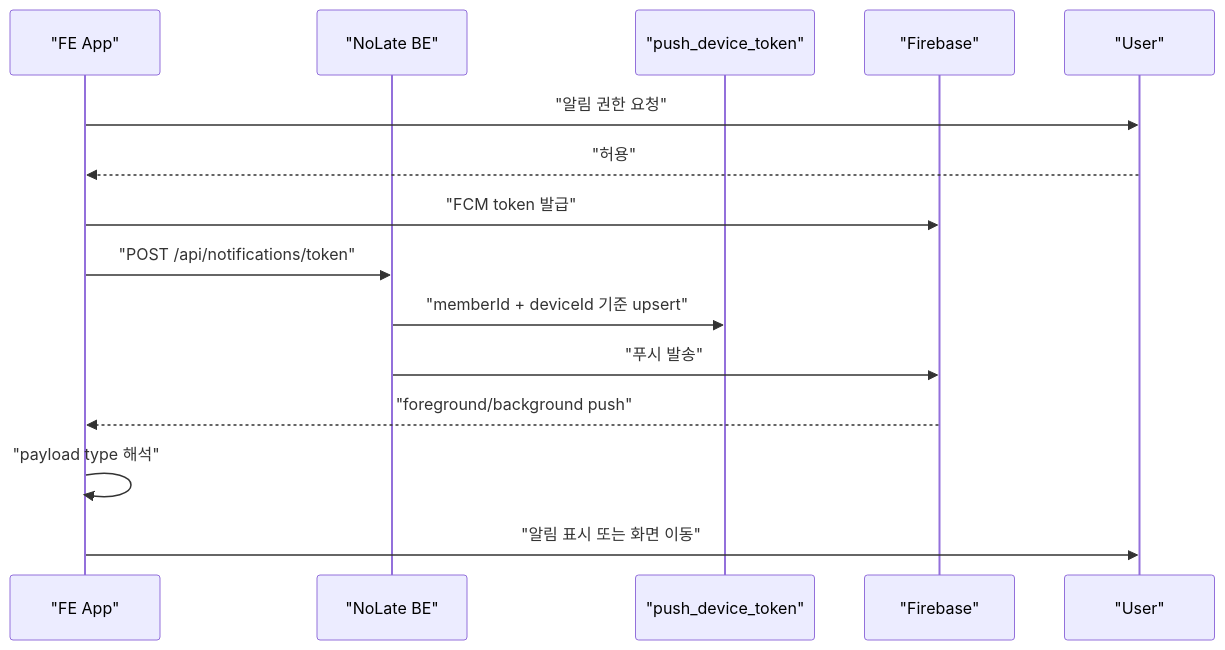
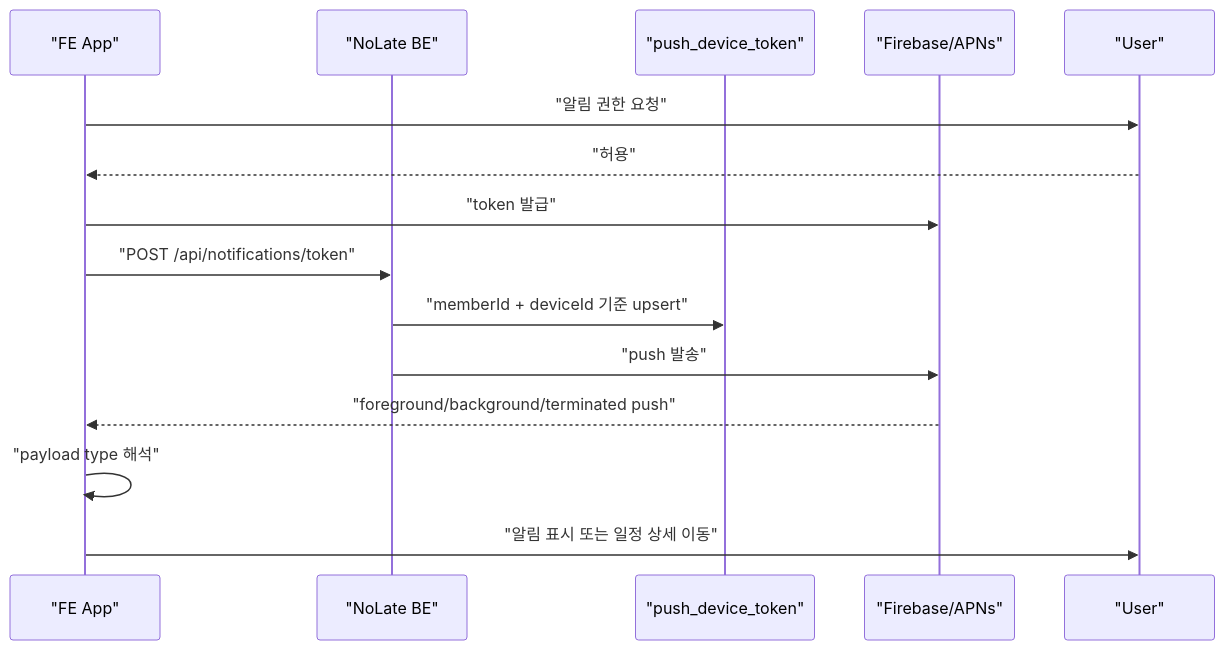
Before and after one commit to NoLate-Project/NoLate_BE: the diagram in docs/notification/notification-fcm-app-push-roadmap.md, drawn with Mermaid. The commit also changed other lines of this file and 9 other files, not shown here.

````diff
--- a/docs/notification/notification-fcm-app-push-roadmap.md
+++ b/docs/notification/notification-fcm-app-push-roadmap.md
@@ -105,18 +92,18 @@
 ```mermaid
 sequenceDiagram
   participant App as "FE App"
   participant BE as "NoLate BE"
   participant Store as "push_device_token"
-  participant FCM as "Firebase"
+  participant FCM as "Firebase/APNs"
   participant User as "User"
 
   App->>User: "알림 권한 요청"
   User-->>App: "허용"
-  App->>FCM: "FCM token 발급"
+  App->>FCM: "token 발급"
   App->>BE: "POST /api/notifications/token"
   BE->>Store: "memberId + deviceId 기준 upsert"
-  BE->>FCM: "푸시 발송"
-  FCM-->>App: "foreground/background push"
+  BE->>FCM: "push 발송"
+  FCM-->>App: "foreground/background/terminated push"
   App->>App: "payload type 해석"
-  App->>User: "알림 표시 또는 화면 이동"
+  App->>User: "알림 표시 또는 일정 상세 이동"
 ```
````
